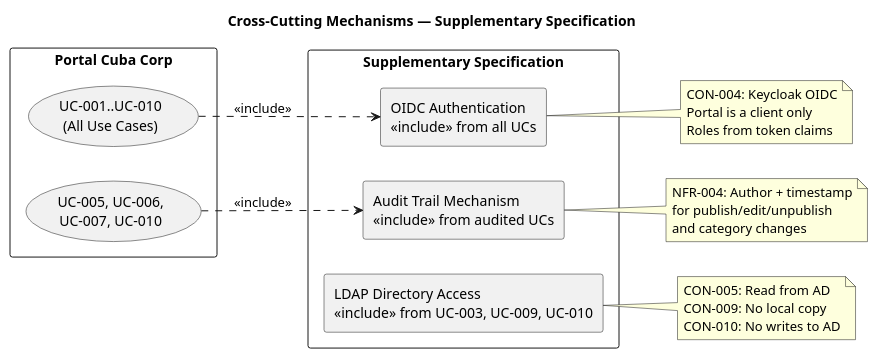
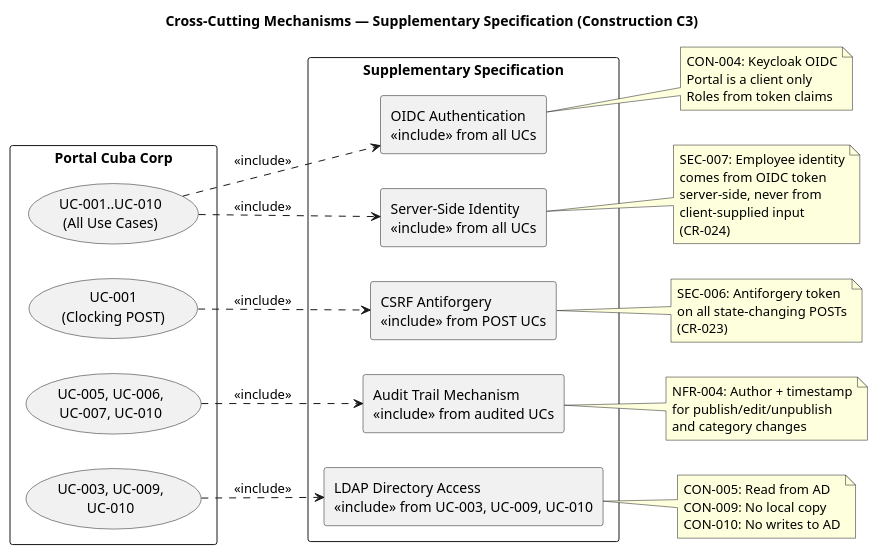
The first of 2 diagrams in docs/artifacts/requirements/supplementary-specification.md (banense-test/portal-cuba-corp), drawn with PlantUML before and after one commit.

Commit message:
Requirements Specifier [C3]: upsert Supplementary Specification
[skip ci]

````diff
--- a/docs/artifacts/requirements/supplementary-specification.md
+++ b/docs/artifacts/requirements/supplementary-specification.md
@@ -40,41 +41,62 @@
 ```plantuml
 @startuml
-title Cross-Cutting Mechanisms — Supplementary Specification
+title Cross-Cutting Mechanisms — Supplementary Specification (Construction C3)
 
 left to right direction
 skinparam packageStyle rectangle
 
 rectangle "Portal Cuba Corp" {
   usecase "UC-001..UC-010\n(All Use Cases)" as ALLUC
+  usecase "UC-001\n(Clocking POST)" as CLOCK_POST
   usecase "UC-005, UC-006,\nUC-007, UC-010" as AUDIT_UC
+  usecase "UC-003, UC-009,\nUC-010" as LDAP_UC
 }
 
 package "Supplementary Specification" {
   rectangle "OIDC Authentication\n<<include>> from all UCs" as AUTH
+  rectangle "Server-Side Identity\n<<include>> from all UCs" as IDENTITY
+  rectangle "CSRF Antiforgery\n<<include>> from POST UCs" as CSRF
   rectangle "Audit Trail Mechanism\n<<include>> from audited UCs" as AUDIT
   rectangle "LDAP Directory Access\n<<include>> from UC-003, UC-009, UC-010" as LDAP
 }
 
 ALLUC ..> AUTH : <<include>>
+ALLUC ..> IDENTITY : <<include>>
+CLOCK_POST ..> CSRF : <<include>>
 AUDIT_UC ..> AUDIT : <<include>>
+LDAP_UC ..> LDAP : <<include>>
 
 note right of AUTH
   CON-004: Keycloak OIDC
   Portal is a client only
   Roles from token claims
+end note
+
+note right of IDENTITY
+  SEC-007: Employee identity
+  comes from OIDC token
+  server-side, never from
+  client-supplied input
+  (CR-024)
+end note
+
+note right of CSRF
+  SEC-006: Antiforgery token
+  on all state-changing POSTs
+  (CR-023)
 end note
 
 note right of AUDIT
   NFR-004: Author + timestamp
   for publish/edit/unpublish
   and category changes
 end note
 
 note right of LDAP
   CON-005: Read from AD
   CON-009: No local copy
   CON-010: No writes to AD
 end note
 
 @enduml
 ```
````
